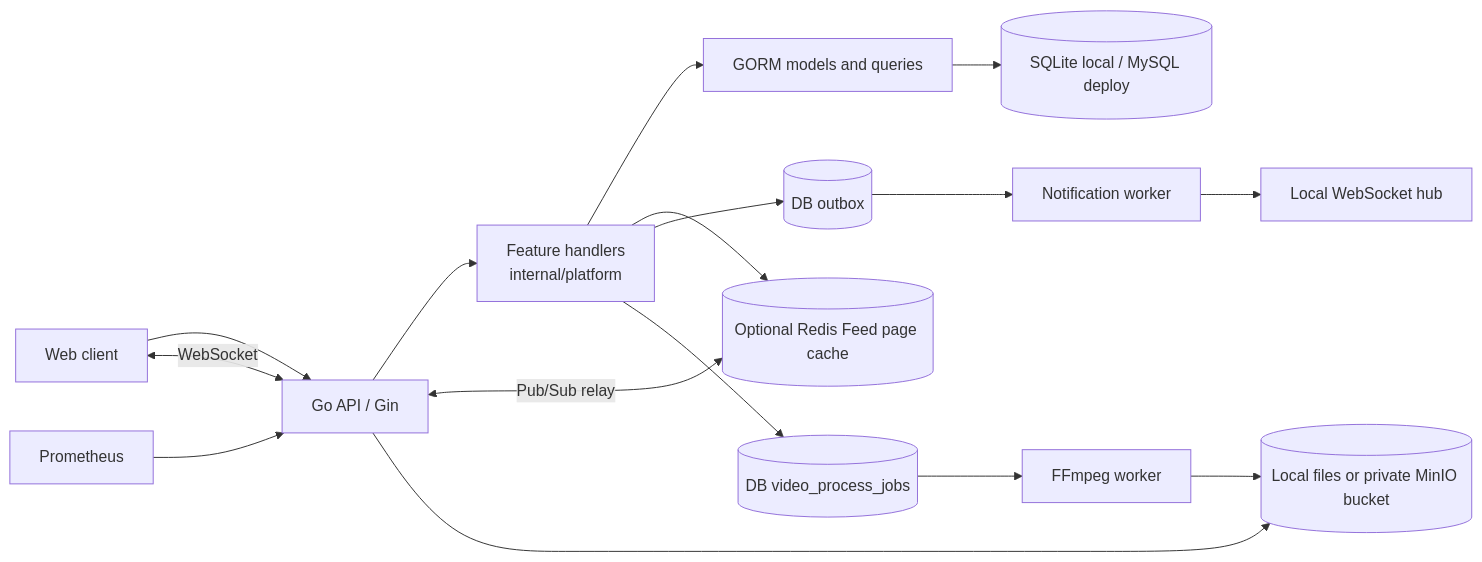
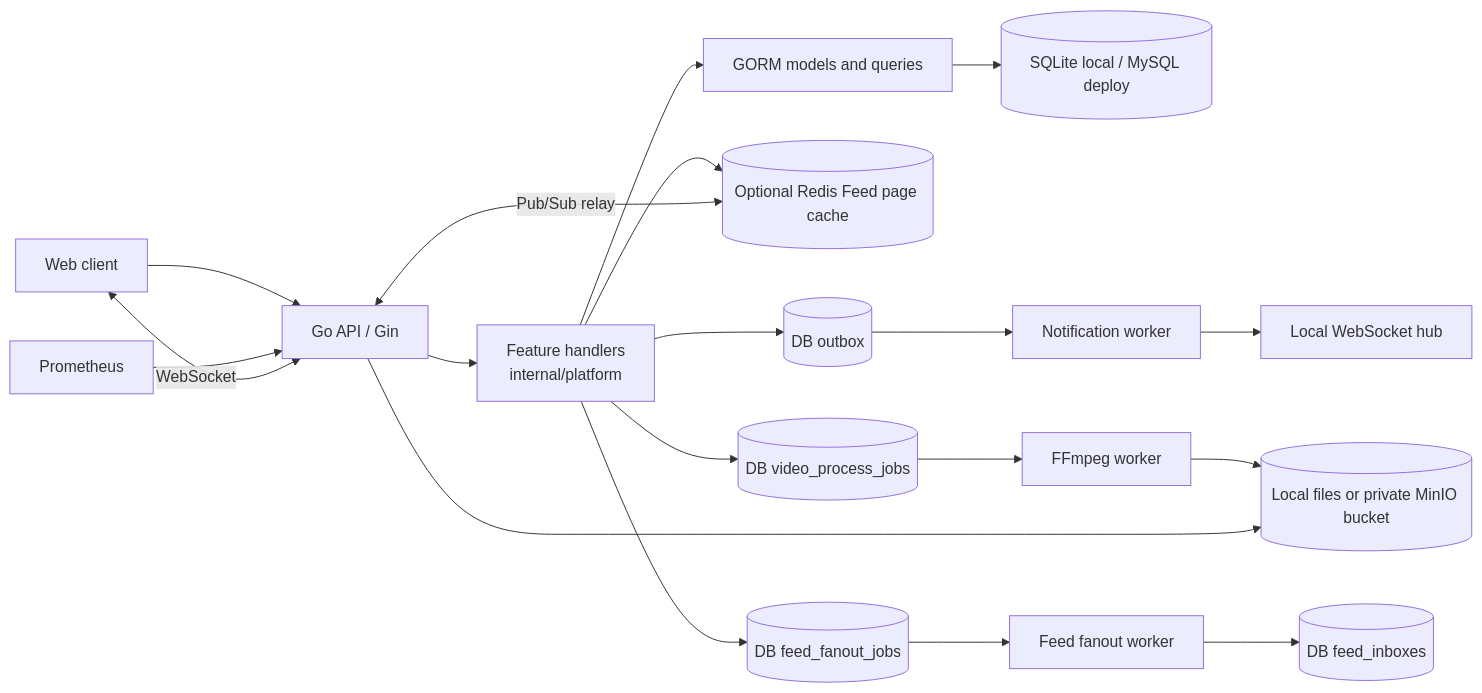
Before and after one commit to liuzhouquan/GoStream: the diagram in docs/ARCHITECTURE.md, drawn with Mermaid. The commit also changed other lines of this file and 27 other files, not shown here.

````diff
--- a/docs/ARCHITECTURE.md
+++ b/docs/ARCHITECTURE.md
@@ -7,18 +7,21 @@
 ```mermaid
 flowchart LR
   Web[Web client] --> API[Go API / Gin]
   API --> Handlers[Feature handlers<br/>internal/platform]
   Handlers --> GORM[GORM models and queries]
   Handlers --> Redis[(Optional Redis Feed page cache)]
   API <-->|Pub/Sub relay| Redis
   GORM --> DB[(SQLite local / MySQL deploy)]
   Handlers --> Outbox[(DB outbox)]
   Outbox --> Worker[Notification worker]
   Worker --> WS[Local WebSocket hub]
   Handlers --> ProcessQueue[(DB video_process_jobs)]
   ProcessQueue --> MediaWorker[FFmpeg worker]
   MediaWorker --> Media[(Local files or private MinIO bucket)]
+  Handlers --> FanoutQueue[(DB feed_fanout_jobs)]
+  FanoutQueue --> FanoutWorker[Feed fanout worker]
+  FanoutWorker --> Inbox[(DB feed_inboxes)]
   API --> Media
   Prometheus --> API
   API <-->|WebSocket| Web
 ```
````
